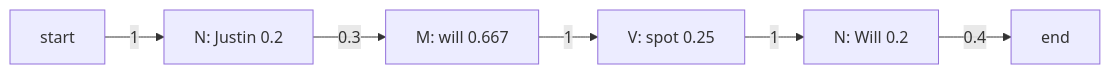
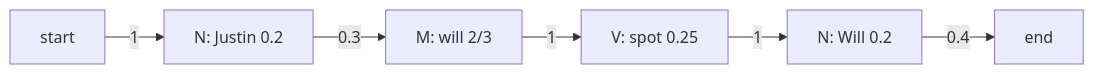
Before and after one commit to TrendySloth1001/sem-seven-notes: the diagram in content/natural-language-processing/pyq/2025-05-ce/q4a.mdx, drawn with Mermaid. The commit also changed other lines of this file and 406 other files, not shown here.

````diff
--- a/content/natural-language-processing/pyq/2025-05-ce/q4a.mdx
+++ b/content/natural-language-processing/pyq/2025-05-ce/q4a.mdx
@@ -67,9 +69,9 @@
 ```mermaid
-%% caption: The winning path through the trellis. Each arrow is a transition probability, each word is emitted by its tag.
+%% caption: The winning path through the trellis. Arrows carry transition probabilities; each tag emits its word.
 flowchart LR
   S["start"] -->|"1"| N1["N: Justin 0.2"]
-  N1 -->|"0.3"| M["M: will 0.667"]
+  N1 -->|"0.3"| M["M: will 2/3"]
   M -->|"1"| V["V: spot 0.25"]
   V -->|"1"| N2["N: Will 0.2"]
   N2 -->|"0.4"| E["end"]
 ```
````
